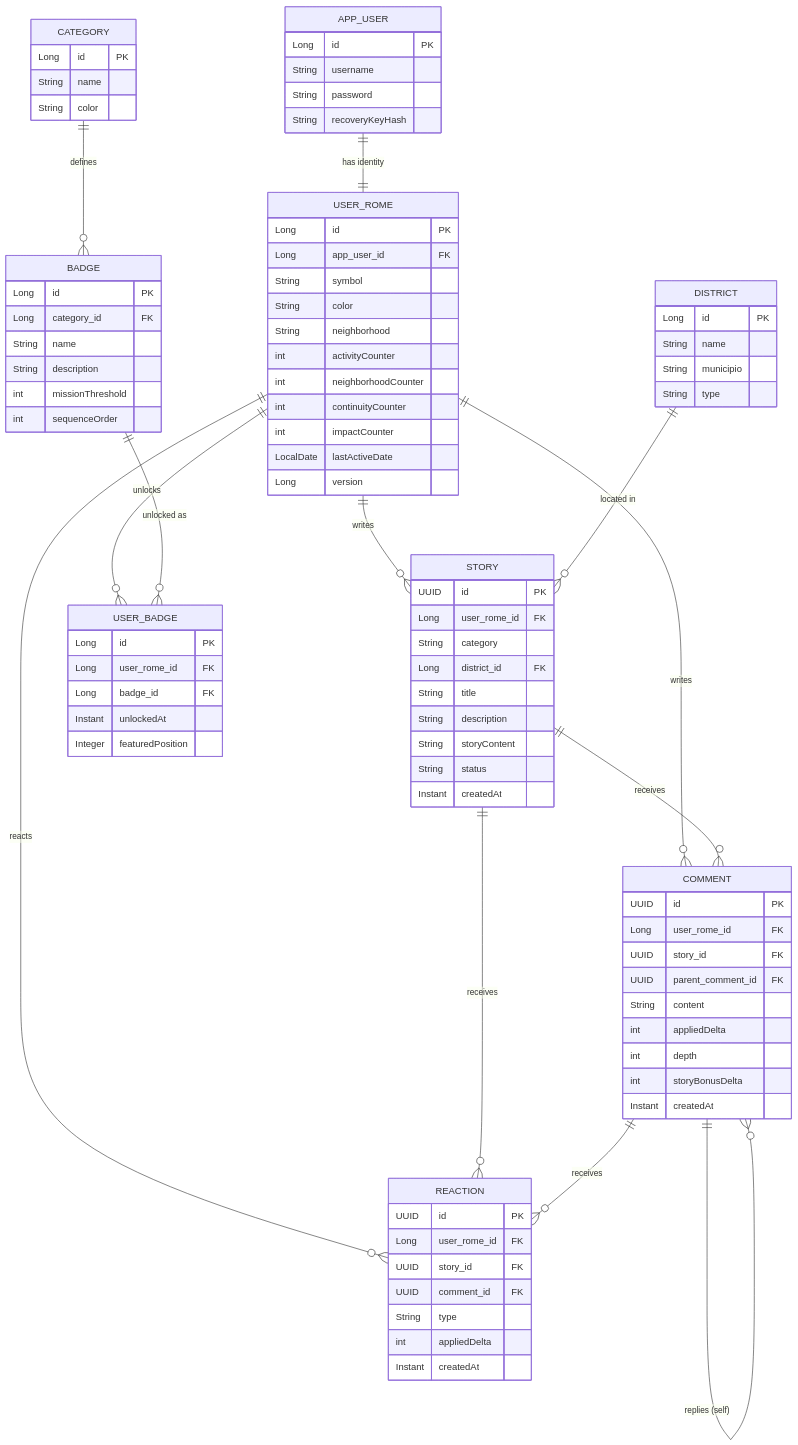
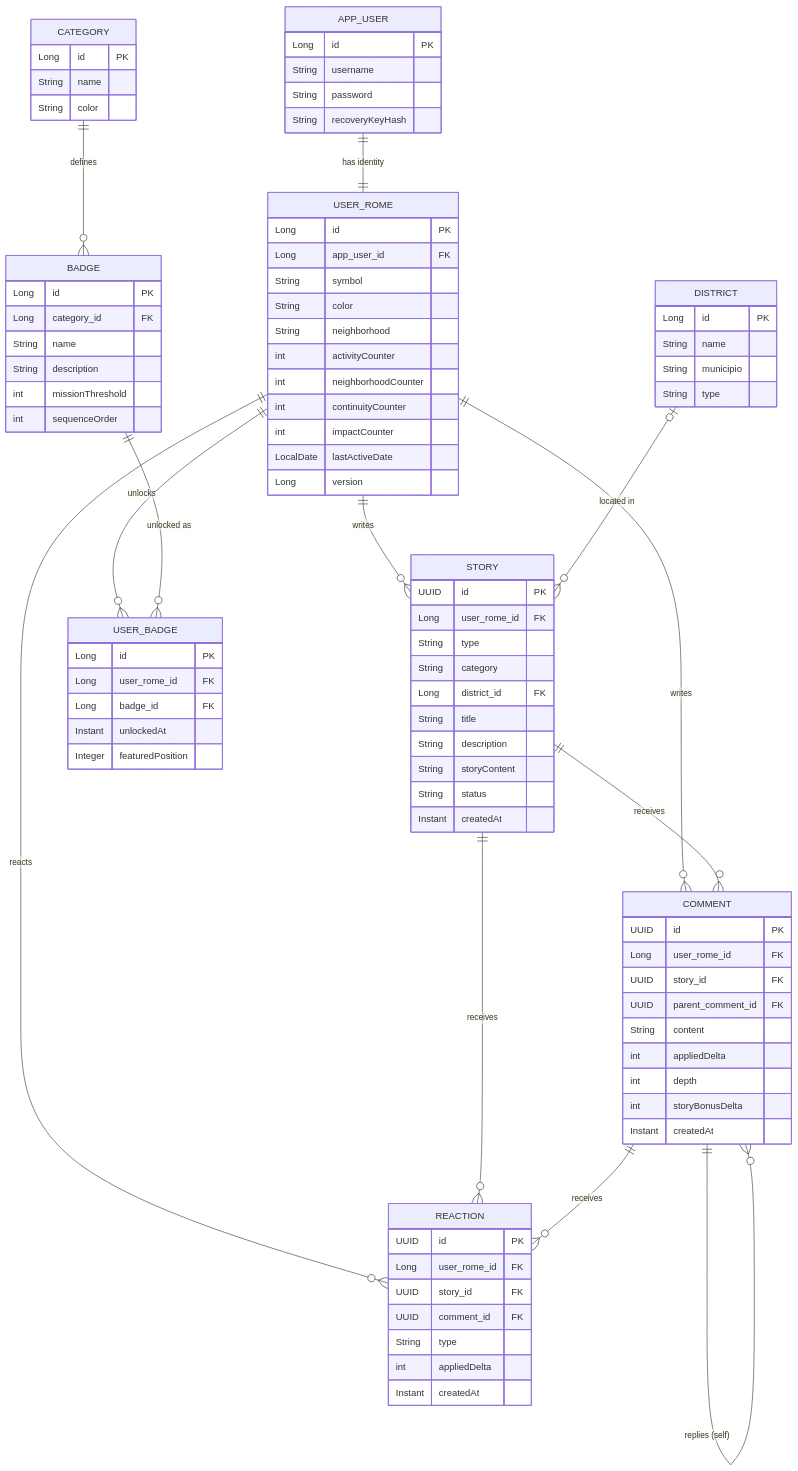
One commit to andreaDevelope/City-Voice-API changed the diagram in docs/02-scoring-and-badges.md. Above: the diagram before and after it, drawn with Mermaid. The commit also changed other lines of this file and 13 other files, not shown here.

First line of the commit message:
feat(stories): add story/report type

```diff
--- a/docs/02-scoring-and-badges.md
+++ b/docs/02-scoring-and-badges.md
@@ -96,7 +96,7 @@
 erDiagram
     APP_USER ||--|| USER_ROME : "has identity"
     USER_ROME ||--o{ STORY : "writes"
-    DISTRICT ||--o{ STORY : "located in"
+    DISTRICT |o--o{ STORY : "located in"
     USER_ROME ||--o{ COMMENT : "writes"
     USER_ROME ||--o{ REACTION : "reacts"
     USER_ROME ||--o{ USER_BADGE : "unlocks"
@@ -138,6 +138,7 @@
     STORY {
         UUID id PK
         Long user_rome_id FK
+        String type
         String category
         Long district_id FK
         String title
```
